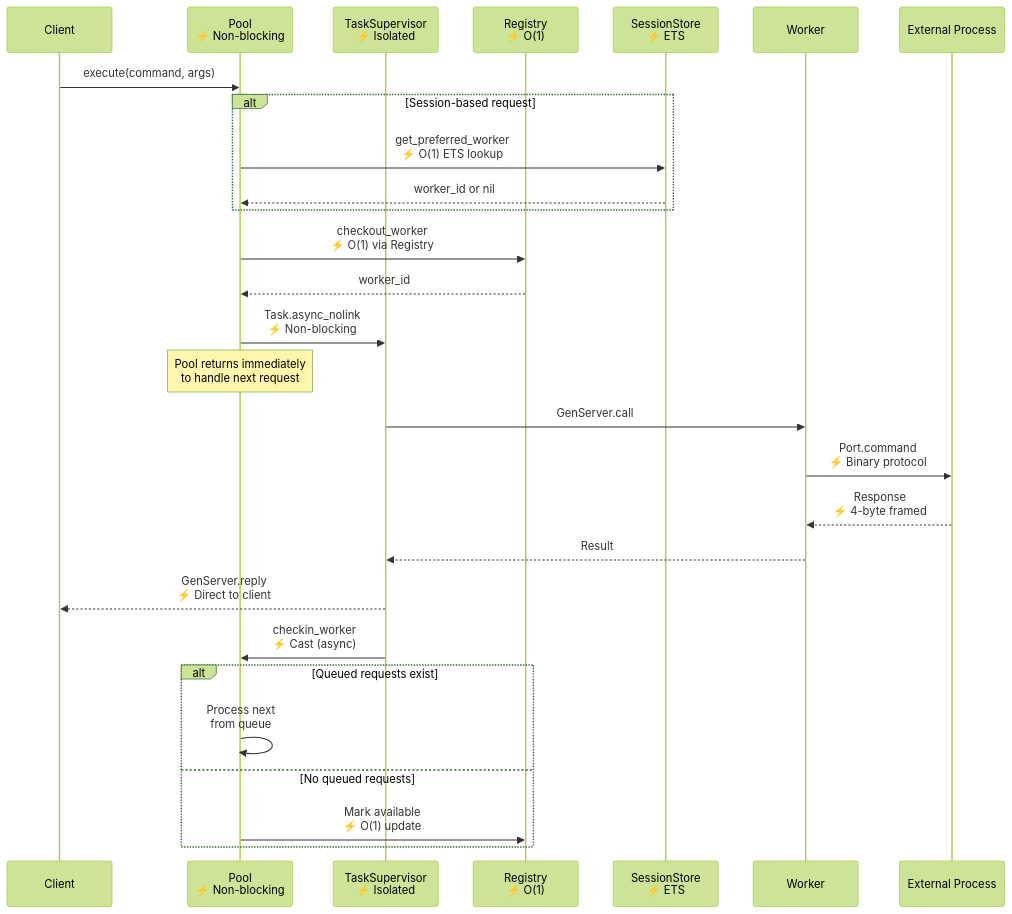
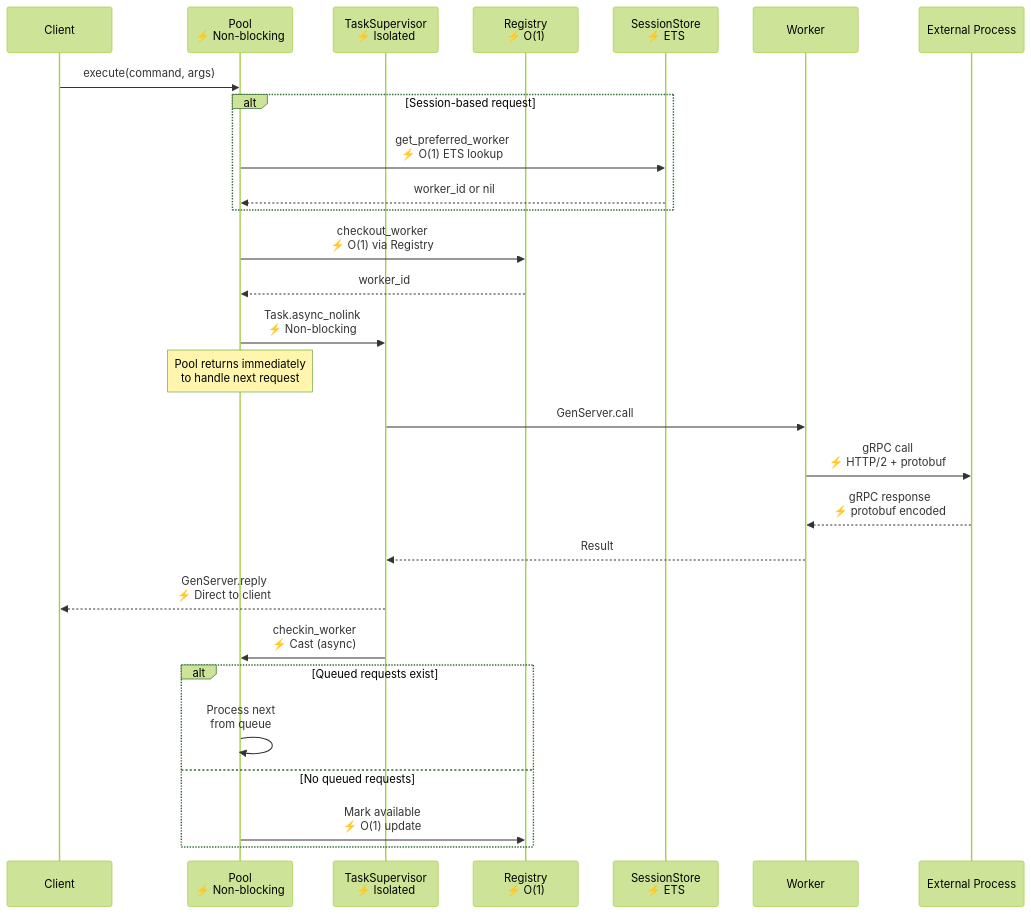
The second of 7 diagrams in DIAGS.md (nshkrdotcom/snakepit), drawn with Mermaid (forest theme) before and after one commit. The commit also changed other lines of this file and 7 other files, not shown here.

````diff
--- a/DIAGS.md
+++ b/DIAGS.md
@@ -84,37 +100,37 @@
 ```mermaid
 sequenceDiagram
     participant C as Client
     participant P as Pool<br/>⚡ Non-blocking
     participant TS as TaskSupervisor<br/>⚡ Isolated
     participant R as Registry<br/>⚡ O(1)
     participant S as SessionStore<br/>⚡ ETS
     participant W as Worker
     participant E as External Process
     
     C->>P: execute(command, args)
     
     alt Session-based request
         P->>S: get_preferred_worker<br/>⚡ O(1) ETS lookup
         S-->>P: worker_id or nil
     end
     
     P->>R: checkout_worker<br/>⚡ O(1) via Registry
     R-->>P: worker_id
     
     P->>TS: Task.async_nolink<br/>⚡ Non-blocking
     Note over P: Pool returns immediately<br/>to handle next request
     
     TS->>W: GenServer.call
-    W->>E: Port.command<br/>⚡ Binary protocol
-    E-->>W: Response<br/>⚡ 4-byte framed
+    W->>E: gRPC call<br/>⚡ HTTP/2 + protobuf
+    E-->>W: gRPC response<br/>⚡ protobuf encoded
     W-->>TS: Result
     TS-->>C: GenServer.reply<br/>⚡ Direct to client
     
     TS->>P: checkin_worker<br/>⚡ Cast (async)
     
     alt Queued requests exist
         P->>P: Process next<br/>from queue
     else No queued requests
         P->>R: Mark available<br/>⚡ O(1) update
     end
 ```
````
